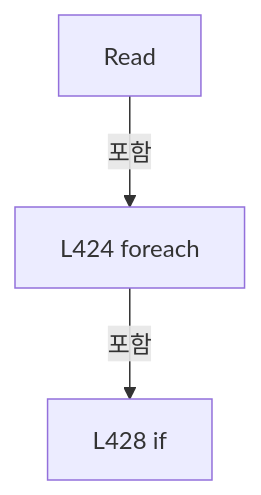
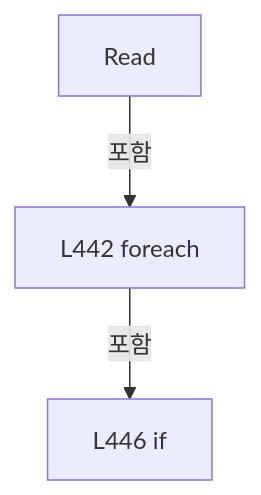
Diagram 19 of 22 in A3 LD Code Ref/files/Drilling.Common/Correction/CAlignInterpolation.cs.md (kjuws10-rgb/Shared), drawn with Mermaid before and after one commit. The commit also changed other lines of this file and 2071 other files, not shown here.

Commit message:
docs(a3): update 11.19.0 architecture and code reference

````diff
--- a/A3 LD Code Ref/files/Drilling.Common/Correction/CAlignInterpolation.cs.md
+++ b/A3 LD Code Ref/files/Drilling.Common/Correction/CAlignInterpolation.cs.md
@@ -3510,8 +3603,8 @@
 ```mermaid
 flowchart TD
  M["Read"]
- N0["L424 foreach"]
+ N0["L442 foreach"]
  M -->|포함| N0
- N1["L428 if"]
+ N1["L446 if"]
  N0 -->|포함| N1
 ```
````
